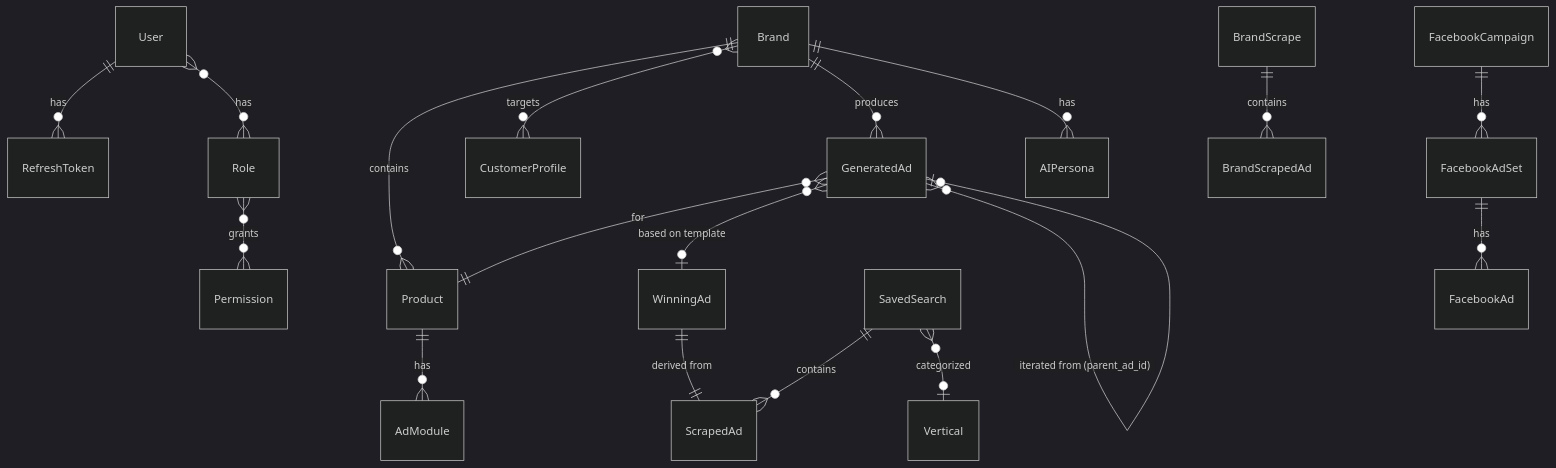
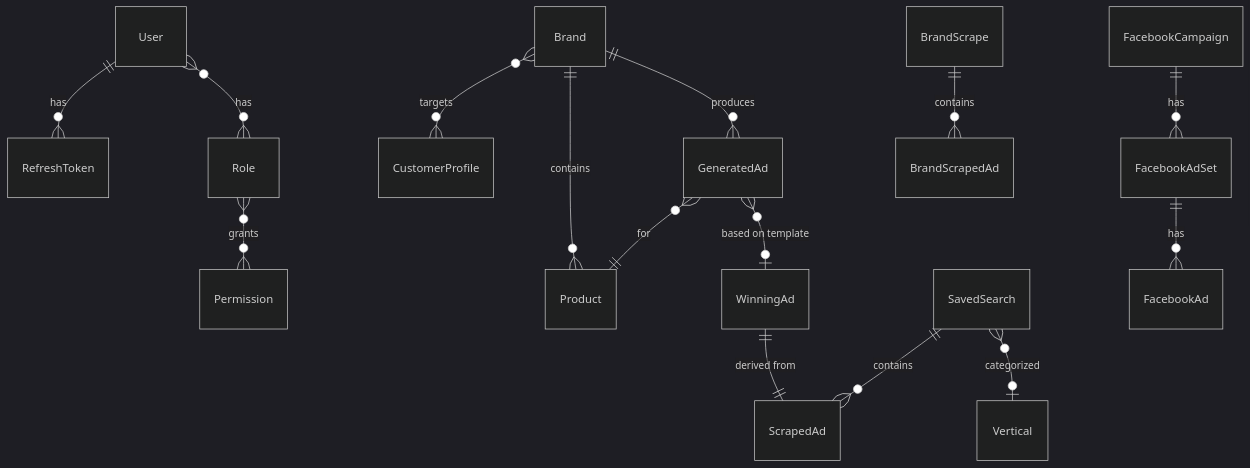
Before and after one commit to johanseg/fb-builder: the fourth of 4 diagrams in README.md, drawn with Mermaid (dark theme). The commit also changed other lines of this file and 33 other files, not shown here.

````diff
--- a/README.md
+++ b/README.md
@@ -493,27 +438,23 @@
 ```mermaid
 erDiagram
     User ||--o{ RefreshToken : has
     User }o--o{ Role : has
     Role }o--o{ Permission : grants
 
     Brand ||--o{ Product : contains
     Brand }o--o{ CustomerProfile : targets
     Brand ||--o{ GeneratedAd : produces
-    Brand ||--o{ AIPersona : has
-
-    Product ||--o{ AdModule : has
 
     GeneratedAd }o--|| Product : for
     GeneratedAd }o--o| WinningAd : "based on template"
-    GeneratedAd }o--o| GeneratedAd : "iterated from (parent_ad_id)"
 
     WinningAd ||--|| ScrapedAd : "derived from"
 
     SavedSearch ||--o{ ScrapedAd : contains
     SavedSearch }o--o| Vertical : categorized
 
     FacebookCampaign ||--o{ FacebookAdSet : has
     FacebookAdSet ||--o{ FacebookAd : has
 
     BrandScrape ||--o{ BrandScrapedAd : contains
 ```
````
